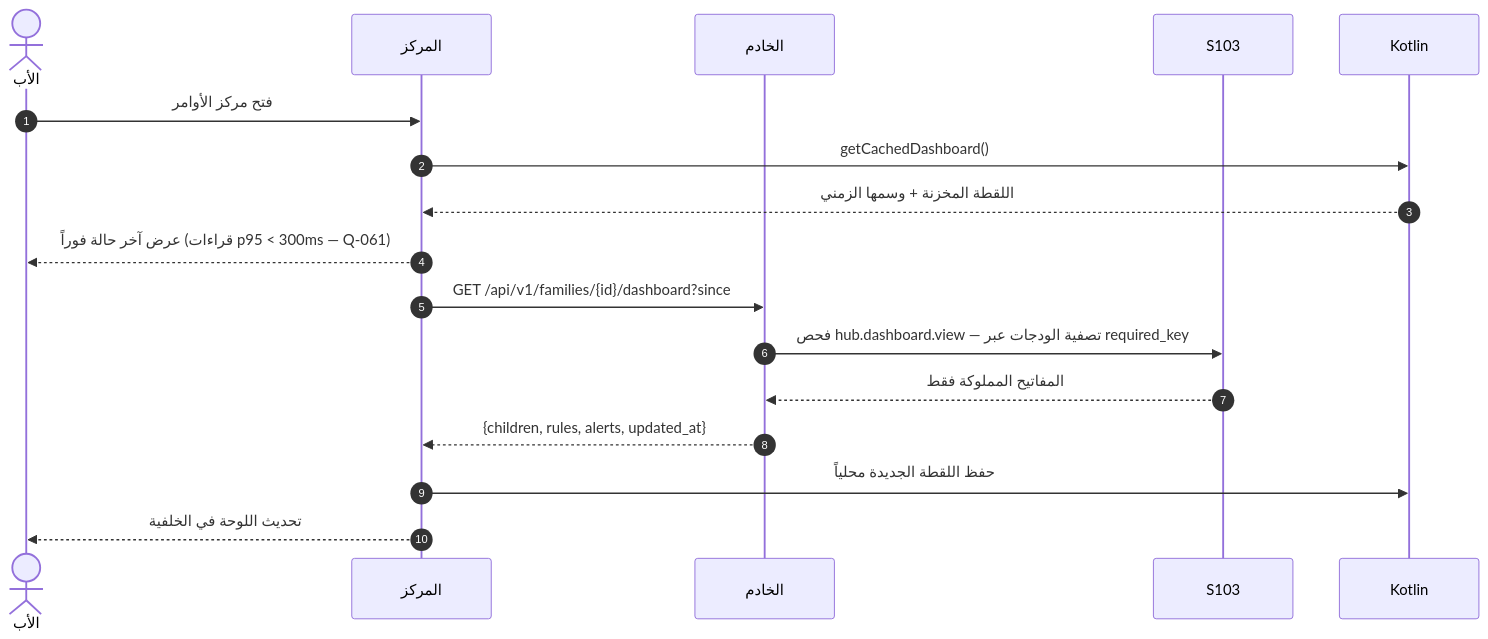
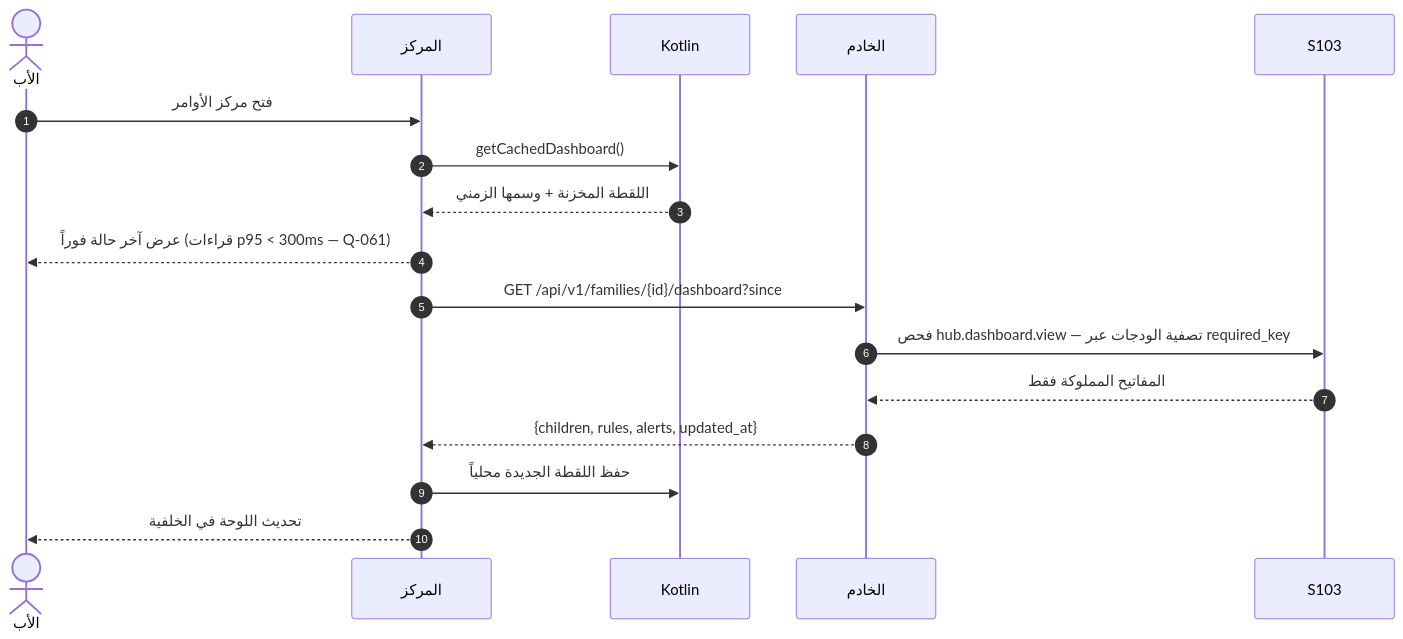
One commit to Bassam-mohammed-alqaeadi/family-os-v2 changed the third of 19 diagrams in docs/family-os/governance/phases/phase-1/S1-09-command-center-and-settings/DIAGRAMS.md. Above: the diagram before and after it, drawn with Mermaid. The commit also changed other lines of this file, not shown here.

````diff
--- a/docs/family-os/governance/phases/phase-1/S1-09-command-center-and-settings/DIAGRAMS.md
+++ b/docs/family-os/governance/phases/phase-1/S1-09-command-center-and-settings/DIAGRAMS.md
@@ -185,19 +204,19 @@
 ```mermaid
 sequenceDiagram
     autonumber
     actor Father as الأب
     participant Hub as المركز
+    participant K as Kotlin
     participant Ktor as الخادم
     participant S103 as S103
-    participant K as Kotlin
     Father->>Hub: فتح مركز الأوامر
     Hub->>K: getCachedDashboard()
     K-->>Hub: اللقطة المخزنة + وسمها الزمني
     Hub-->>Father: عرض آخر حالة فوراً (قراءات p95 < 300ms — Q-061)
     Hub->>Ktor: GET /api/v1/families/{id}/dashboard?since
     Ktor->>S103: فحص hub.dashboard.view — تصفية الودجات عبر required_key
     S103-->>Ktor: المفاتيح المملوكة فقط
     Ktor-->>Hub: {children, rules, alerts, updated_at}
     Hub->>K: حفظ اللقطة الجديدة محلياً
     Hub-->>Father: تحديث اللوحة في الخلفية
 ```
````
